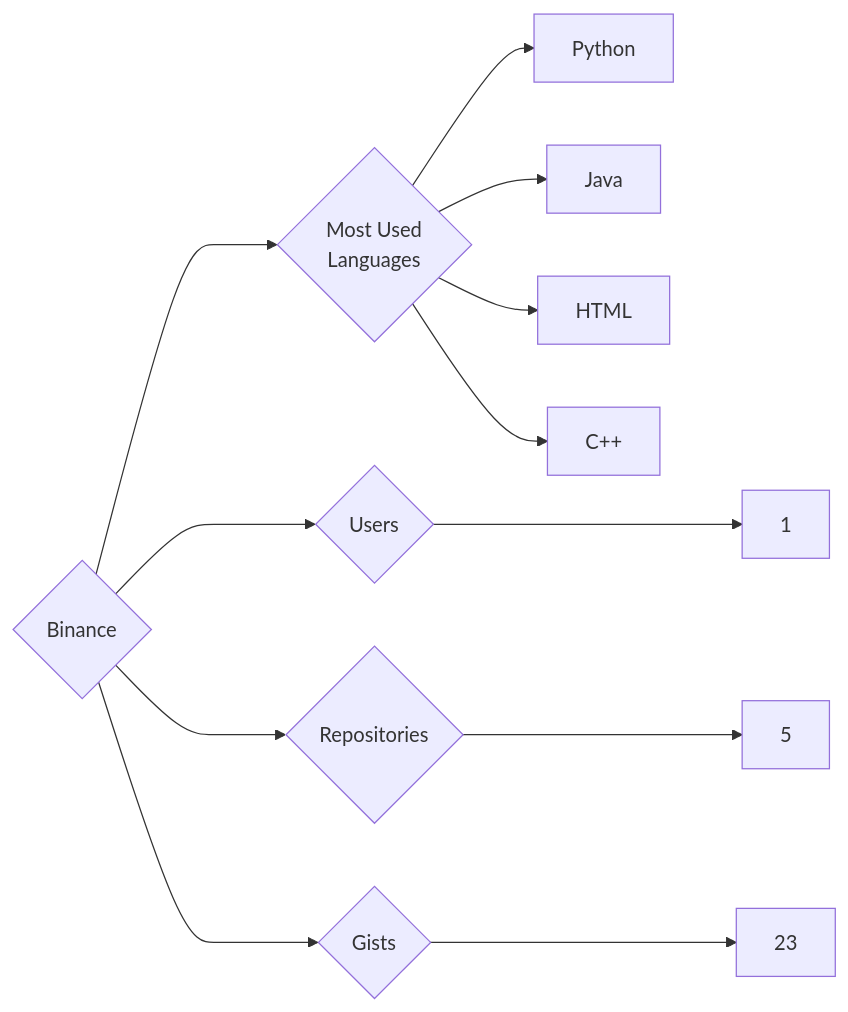
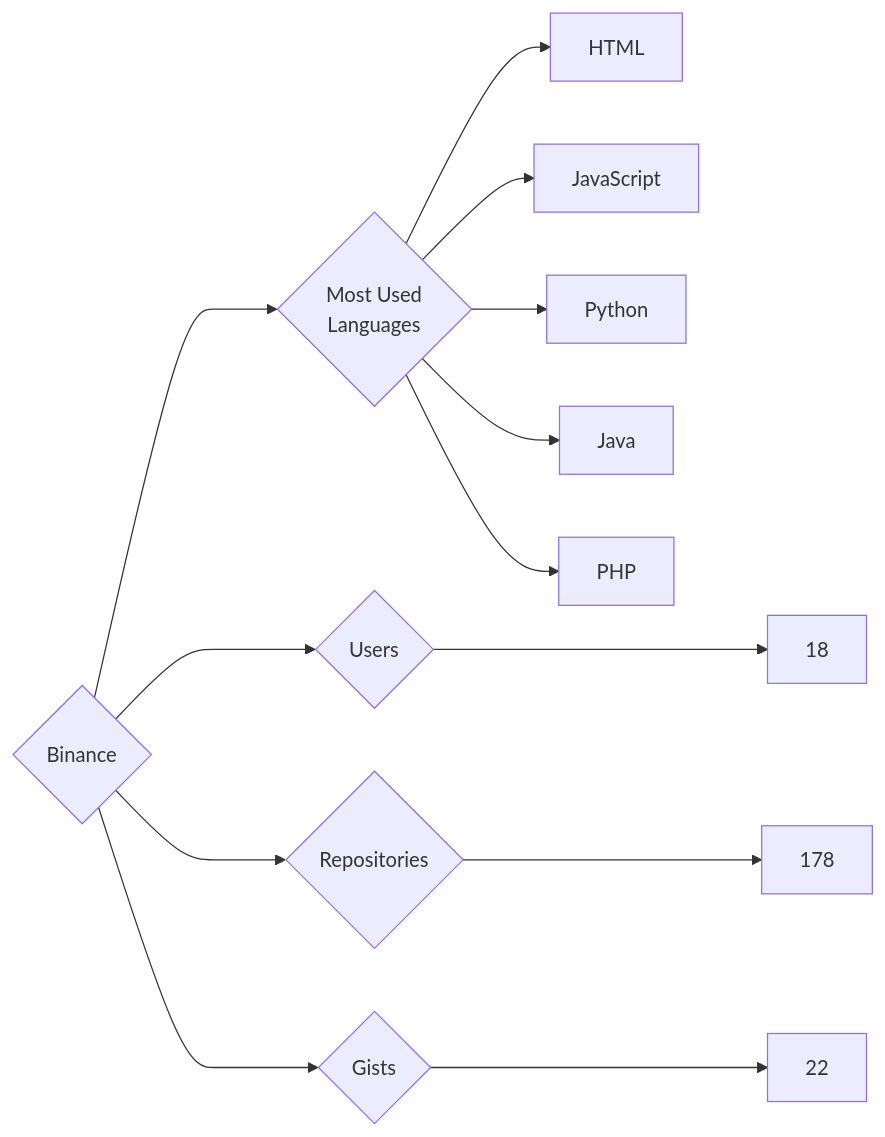
The diagram in targets/Binance/README.md (trickest/insiders), drawn with Mermaid before and after one commit. The commit also changed 736 other files, not shown here.

````diff
--- a/targets/Binance/README.md
+++ b/targets/Binance/README.md
@@ -3,12 +3,13 @@
 ```mermaid
 graph LR
 COMPANY_NAME{Binance}
-COMPANY_NAME ---> U{Users} ---> UN[1]
-COMPANY_NAME ---> R{Repositories} ---> RN[5]
-COMPANY_NAME ---> G{Gists} ---> GN[23]
+COMPANY_NAME ---> U{Users} ---> UN[18]
+COMPANY_NAME ---> R{Repositories} ---> RN[178]
+COMPANY_NAME ---> G{Gists} ---> GN[22]
 COMPANY_NAME ---> ML{Most Used<br>Languages}
+ML --> HTML[HTML]
+ML --> JavaScript[JavaScript]
 ML --> Python[Python]
 ML --> Java[Java]
-ML --> HTML[HTML]
-ML --> C++[C++]
+ML --> PHP[PHP]
 ```
````
